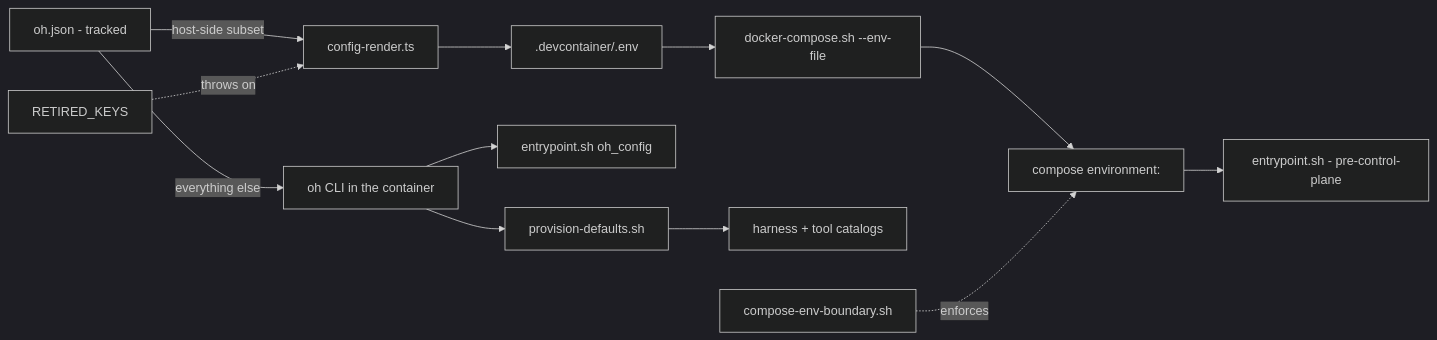
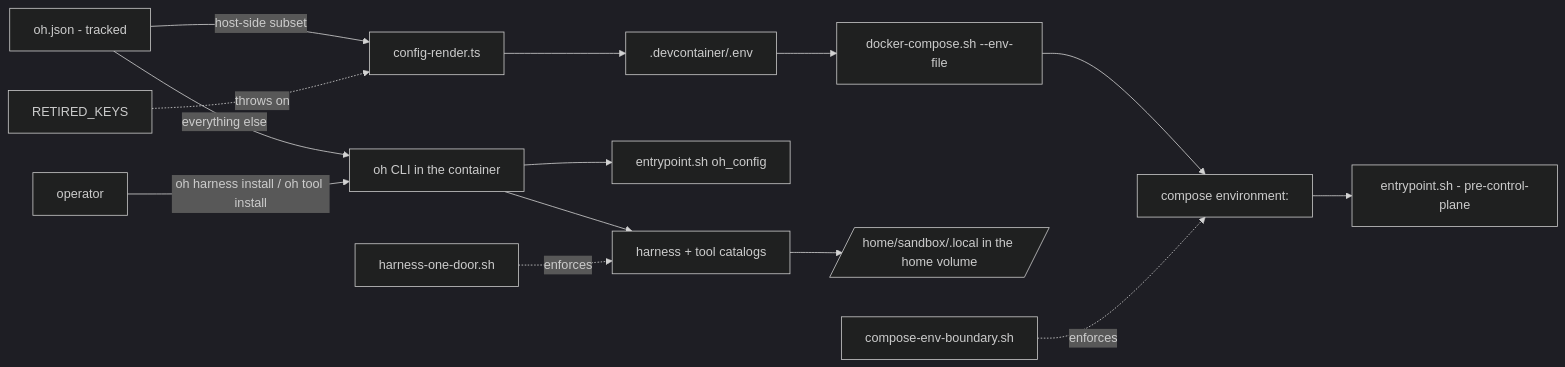
Before and after one commit to mifunedev/openharness: the diagram in .oh/knowledge/source/compose-env-boundary.md, drawn with Mermaid (dark theme). The commit also changed other lines of this file and 5 other files, not shown here.

First line of the commit message:
task: reconcile knowledge pages with the one door

````diff
--- a/.oh/knowledge/source/compose-env-boundary.md
+++ b/.oh/knowledge/source/compose-env-boundary.md
@@ -45,15 +47,17 @@
 ```mermaid
 flowchart LR
   OH[oh.json - tracked]
   OH -->|host-side subset| CR[config-render.ts]
   CR --> ENV[.devcontainer/.env]
   ENV --> DC[docker-compose.sh --env-file]
   DC --> COMPOSE[compose environment:]
   COMPOSE --> EP1[entrypoint.sh - pre-control-plane]
   OH -->|everything else| CLI[oh CLI in the container]
   CLI --> EP2[entrypoint.sh oh_config]
-  CLI --> PD[provision-defaults.sh]
-  PD --> CAT[harness + tool catalogs]
+  OP[operator] -->|oh harness install / oh tool install| CLI
+  CLI --> CAT[harness + tool catalogs]
+  CAT --> HOME[/home/sandbox/.local in the home volume/]
   PROBE[compose-env-boundary.sh] -.enforces.-> COMPOSE
+  DOOR[harness-one-door.sh] -.enforces.-> CAT
   RK[RETIRED_KEYS] -.throws on.-> CR
 ```
````
